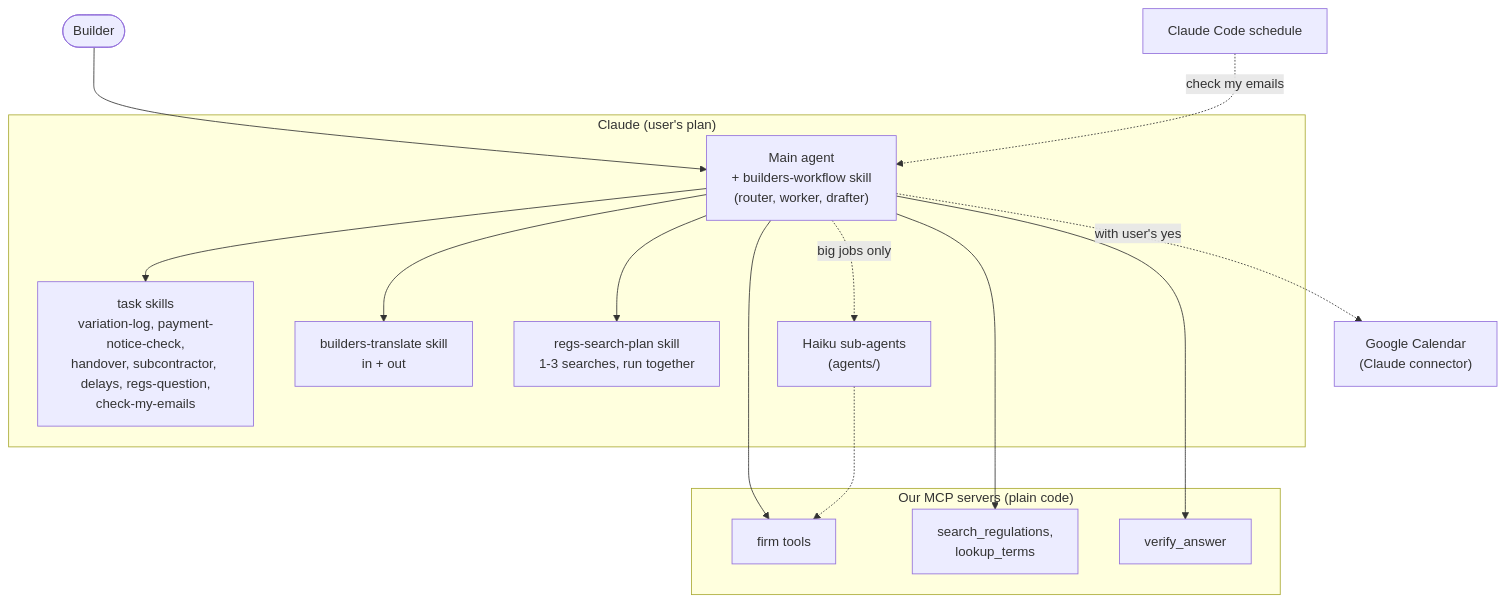
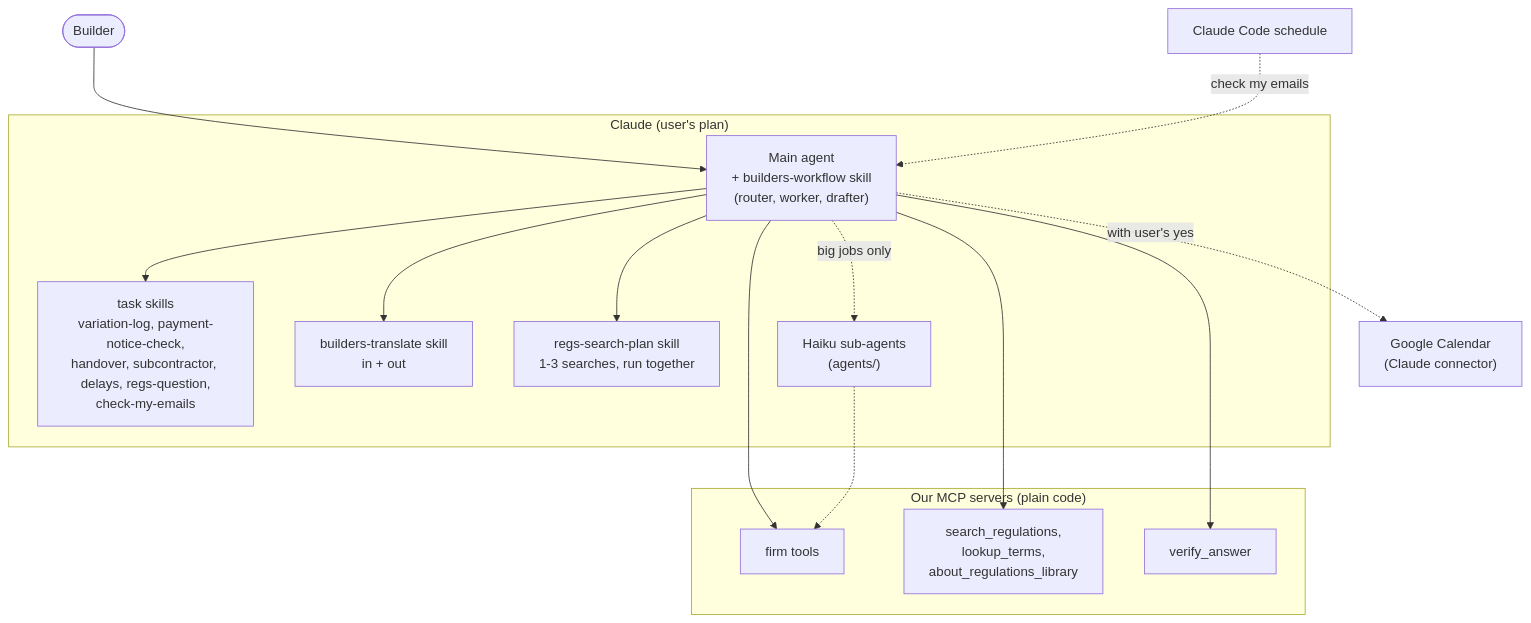
Before and after one commit to florinmarcus/builders_lab: the first of 5 diagrams in architecture/design/agents.md, drawn with Mermaid. The commit also changed 21 other files, not shown here.

First line of the commit message:
Regulations server: about_regulations_library tool (S100)

````diff
--- a/architecture/design/agents.md
+++ b/architecture/design/agents.md
@@ -10,22 +10,22 @@
 ```mermaid
 flowchart TB
     user(["Builder"]) --> main
     subgraph claude["Claude (user's plan)"]
         main["Main agent<br/>+ builders-workflow skill<br/>(router, worker, drafter)"]
         main --> sk["task skills<br/>variation-log, payment-notice-check,<br/>handover, subcontractor, delays, regs-question,<br/>check-my-emails"]
         main --> trs["builders-translate skill<br/>in + out"]
         main --> plan["regs-search-plan skill<br/>1-3 searches, run together"]
         main -.->|"big jobs only"| subs["Haiku sub-agents<br/>(agents/)"]
     end
     subgraph server["Our MCP servers (plain code)"]
         tools["firm tools"]
-        regs["search_regulations,<br/>lookup_terms"]
+        regs["search_regulations,<br/>lookup_terms,<br/>about_regulations_library"]
         guard["verify_answer"]
     end
     main --> tools
     main --> regs
     subs -.-> tools
     main --> guard
     sched["Claude Code schedule"] -.->|"check my emails"| main
     main -.->|"with user's yes"| cal["Google Calendar<br/>(Claude connector)"]
 ```
````
